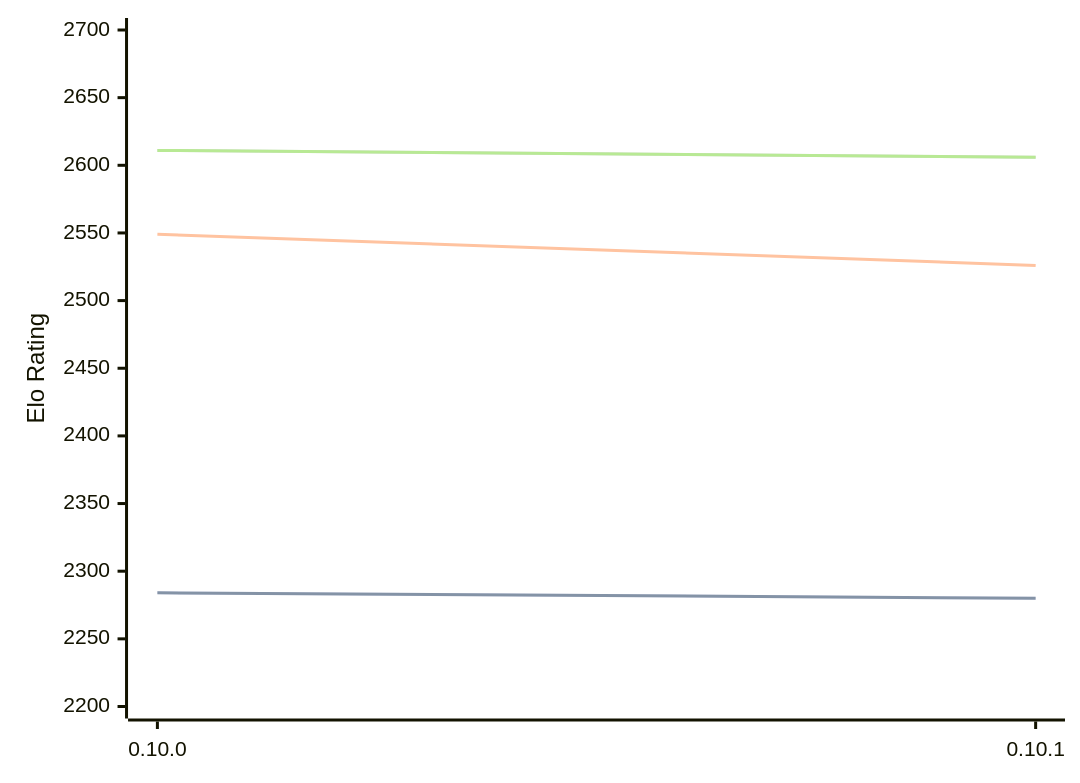
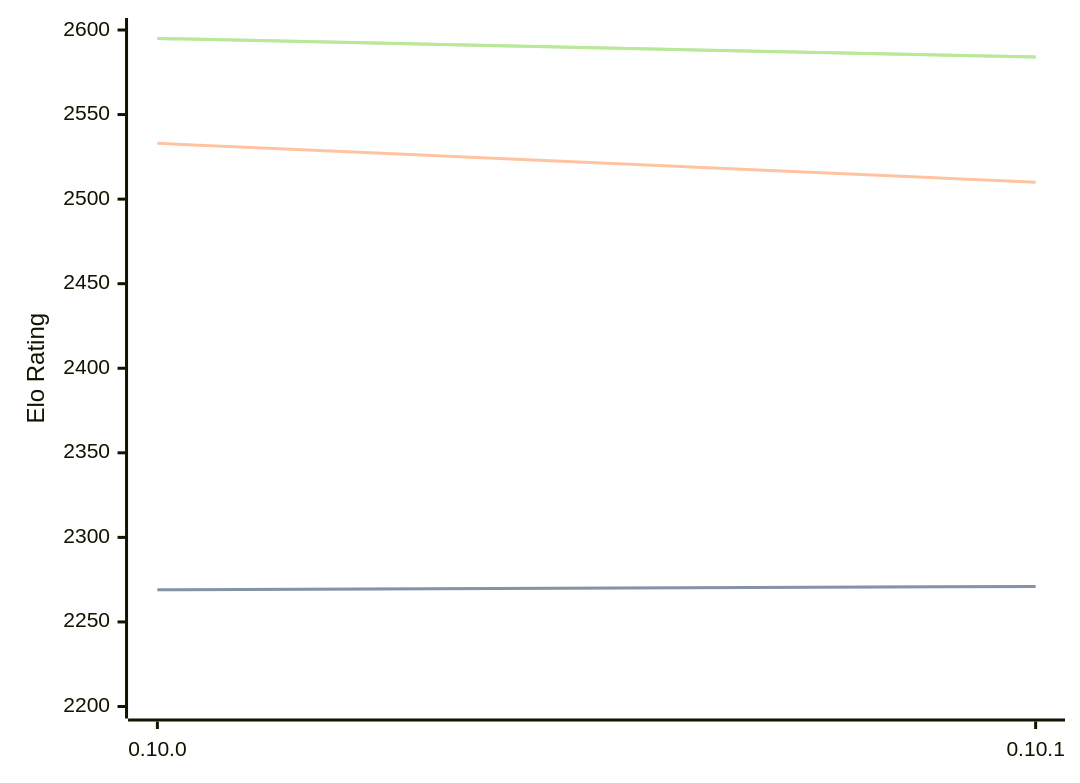
One commit to computer-chess-index/cci changed the diagram in engines/Fatalii.md. Above: the diagram before and after it, drawn with Mermaid. The commit also changed other lines of this file, not shown here.

Commit message:
Update CCI Ratings (ELO VLTC) - 2026-05-20

````diff
--- a/engines/Fatalii.md
+++ b/engines/Fatalii.md
@@ -46,11 +46,11 @@
 ```mermaid
 %%{init: {"theme":"base","themeVariables":{"seriesColors:['#a3a3a3','#222221','#faa371']}}}%%
 xychart-beta
   x-axis ["0.10.0", "0.10.1"]
-  y-axis "Elo Rating" 2200 --> 2700
-  line "STC (8.0+0.08s)" [2284, 2280]
-  line "STC (8.0+0.08s)" [2284, 2280]
-  line "LTC (60.0+0.60s)" [2549, 2526]
-  line "VLTC (2m24s+1.12s)" [2611, 2606]
-  line "VLTC (2m24s+1.12s)" [2611, 2606]
+  y-axis "Elo Rating" 2200 --> 2600
+  line "STC (8.0+0.08s)" [2269, 2271]
+  line "STC (8.0+0.08s)" [2269, 2271]
+  line "LTC (60.0+0.60s)" [2533, 2510]
+  line "VLTC (2m24s+1.12s)" [2595, 2584]
+  line "VLTC (2m24s+1.12s)" [2595, 2584]
 ```
````
